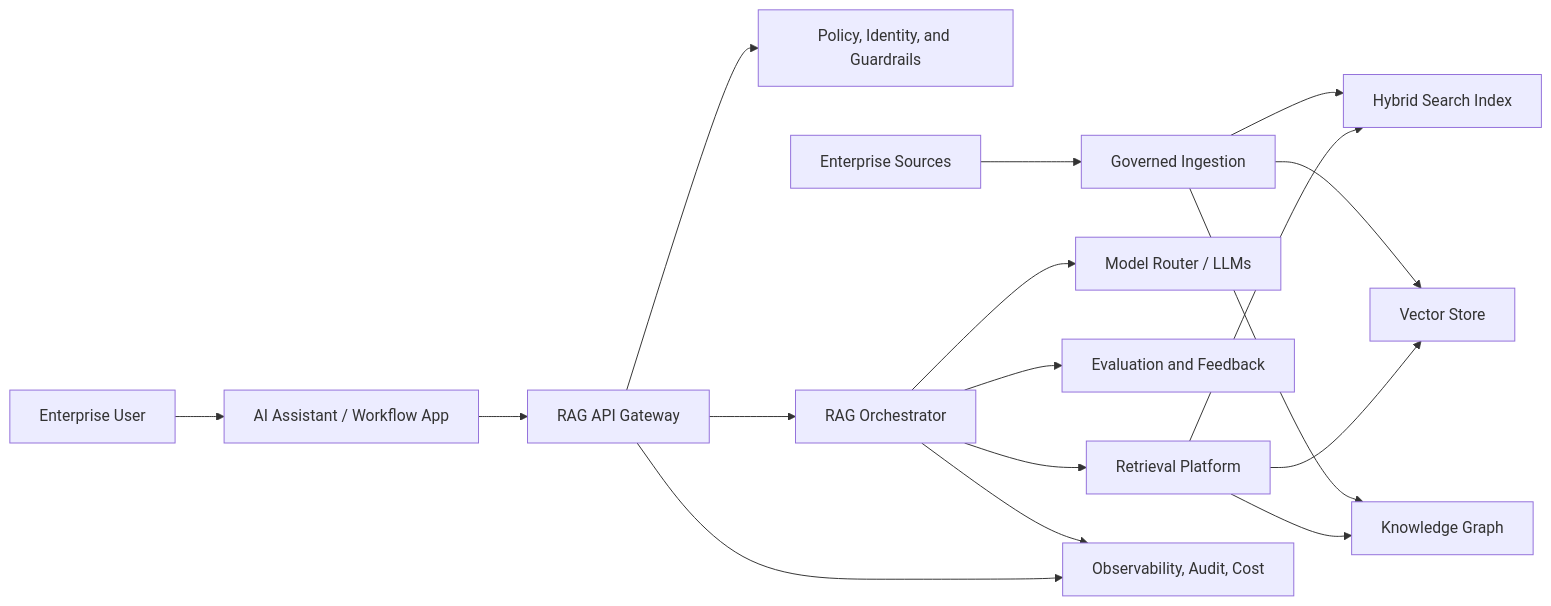
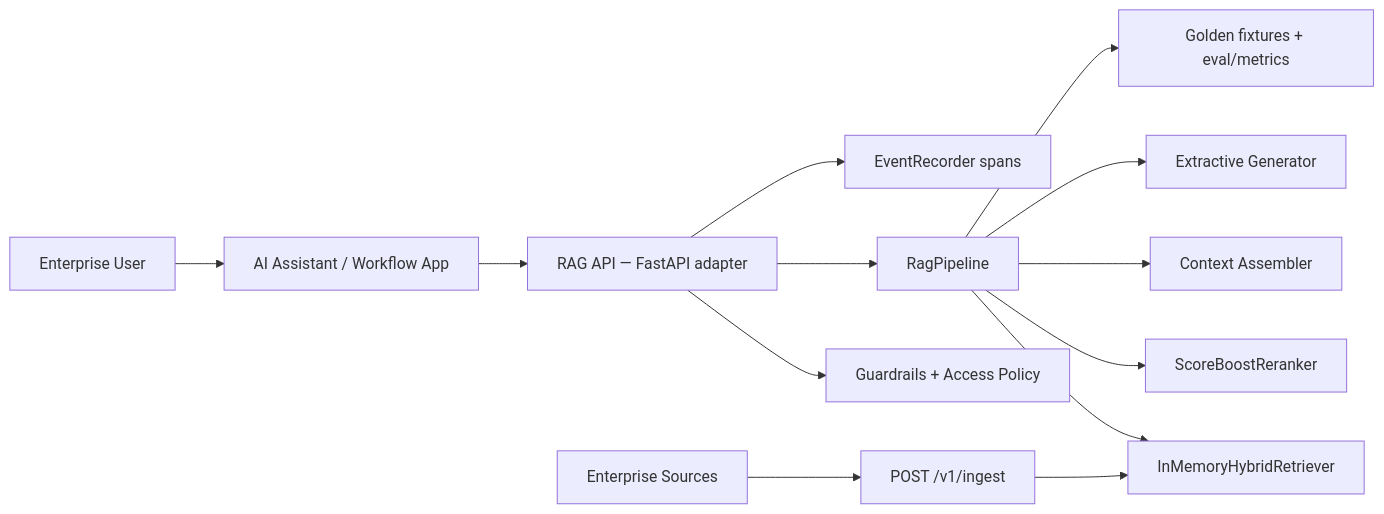
The first of 4 diagrams in README.md (vpeetla-ai/enterprise_rag_platform), drawn with Mermaid before and after one commit. The commit also changed other lines of this file and 9 other files, not shown here.

First line of the commit message:
Add retrieval ports, telemetry, API expansion, and ecosystem docs.

````diff
--- a/README.md
+++ b/README.md
@@ -15,19 +35,15 @@
 ```mermaid
 flowchart LR
   User["Enterprise User"] --> App["AI Assistant / Workflow App"]
-  App --> Gateway["RAG API Gateway"]
-  Gateway --> Policy["Policy, Identity, and Guardrails"]
-  Gateway --> Orchestrator["RAG Orchestrator"]
-  Orchestrator --> Retrieval["Retrieval Platform"]
-  Retrieval --> Search["Hybrid Search Index"]
-  Retrieval --> Vector["Vector Store"]
-  Retrieval --> Graph["Knowledge Graph"]
-  Orchestrator --> LLM["Model Router / LLMs"]
-  Orchestrator --> Eval["Evaluation and Feedback"]
-  Sources["Enterprise Sources"] --> Ingestion["Governed Ingestion"]
-  Ingestion --> Search
-  Ingestion --> Vector
-  Ingestion --> Graph
-  Gateway --> Obs["Observability, Audit, Cost"]
-  Orchestrator --> Obs
+  App --> Gateway["RAG API — FastAPI adapter"]
+  Gateway --> Policy["Guardrails + Access Policy"]
+  Gateway --> Orchestrator["RagPipeline"]
+  Orchestrator --> Retrieval["InMemoryHybridRetriever"]
+  Orchestrator --> Rerank["ScoreBoostReranker"]
+  Orchestrator --> Context["Context Assembler"]
+  Orchestrator --> Gen["Extractive Generator"]
+  Sources["Enterprise Sources"] --> Ingestion["POST /v1/ingest"]
+  Ingestion --> Retrieval
+  Gateway --> Obs["EventRecorder spans"]
+  Orchestrator --> Eval["Golden fixtures + eval/metrics"]
 ```
````
